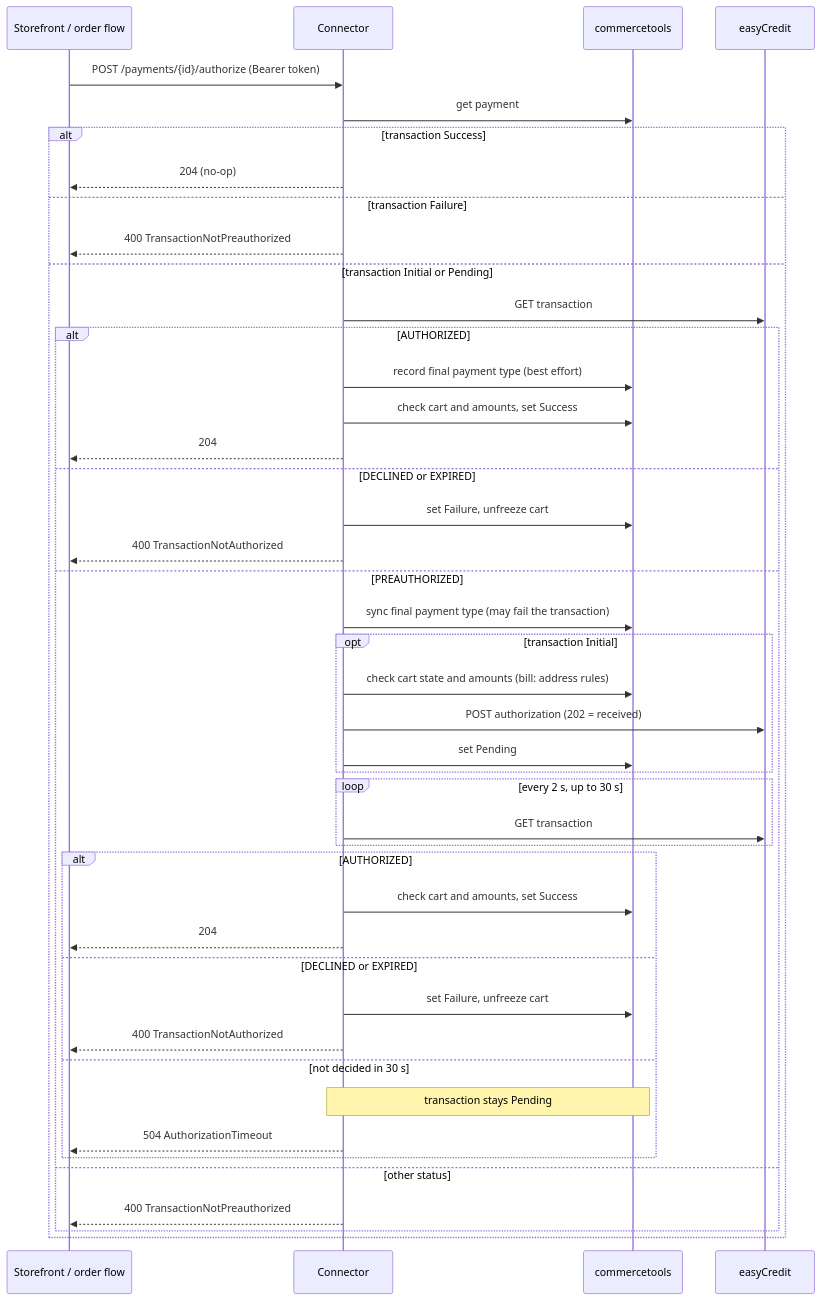
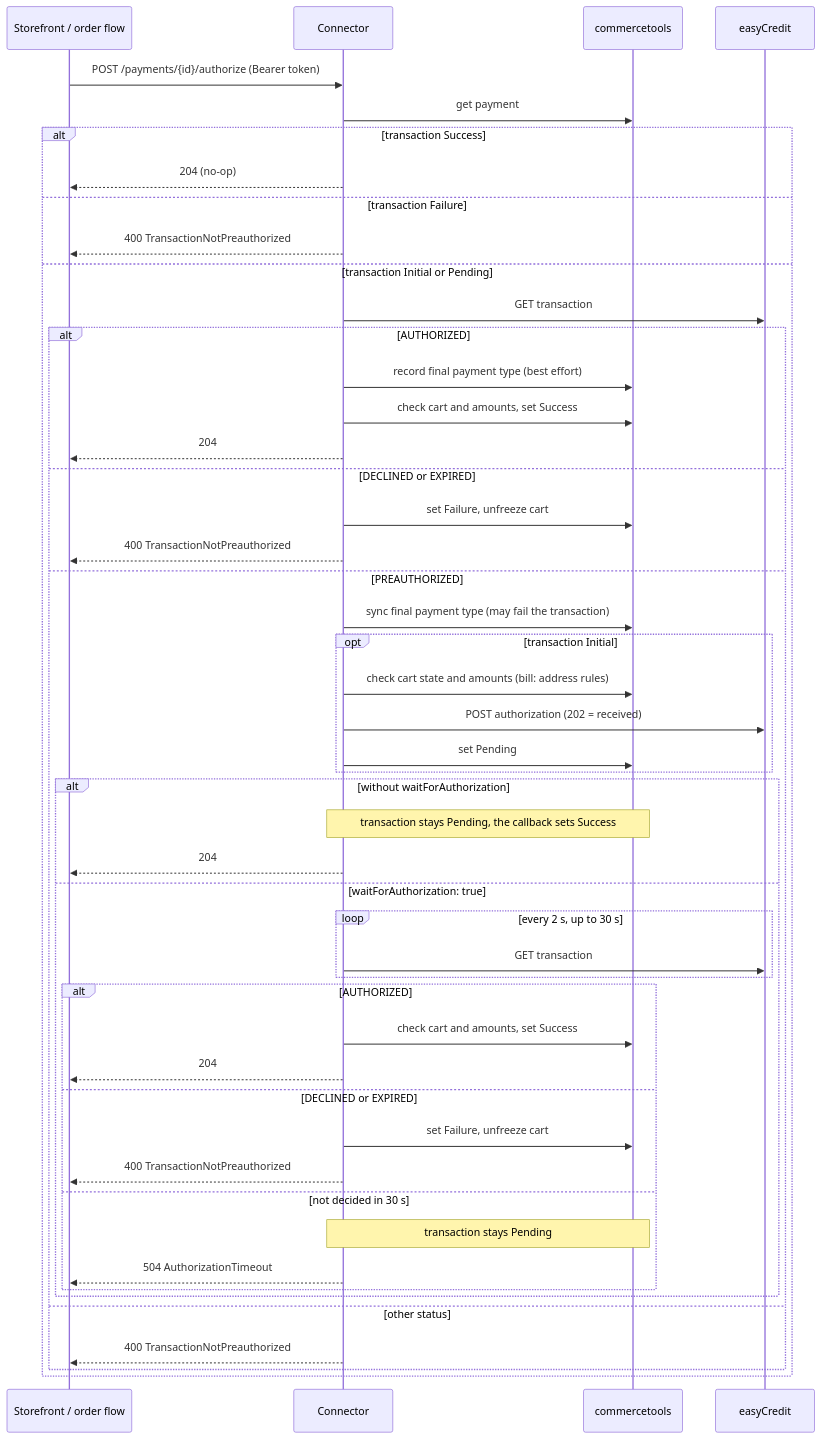
The diagram in docs/AuthorizePayment.md (SHOPMACHER/easy-credit-commercetools-connector), drawn with Mermaid before and after one commit. The commit also changed other lines of this file and 25 other files, not shown here.

````diff
--- a/docs/AuthorizePayment.md
+++ b/docs/AuthorizePayment.md
@@ -53,47 +65,52 @@
 ```mermaid
 sequenceDiagram
     participant S as Storefront / order flow
     participant C as Connector
     participant CT as commercetools
     participant EC as easyCredit
 
     S->>C: POST /payments/{id}/authorize (Bearer token)
     C->>CT: get payment
     alt transaction Success
         C-->>S: 204 (no-op)
     else transaction Failure
         C-->>S: 400 TransactionNotPreauthorized
     else transaction Initial or Pending
         C->>EC: GET transaction
         alt AUTHORIZED
             C->>CT: record final payment type (best effort)
             C->>CT: check cart and amounts, set Success
             C-->>S: 204
         else DECLINED or EXPIRED
             C->>CT: set Failure, unfreeze cart
-            C-->>S: 400 TransactionNotAuthorized
+            C-->>S: 400 TransactionNotPreauthorized
         else PREAUTHORIZED
             C->>CT: sync final payment type (may fail the transaction)
             opt transaction Initial
                 C->>CT: check cart state and amounts (bill: address rules)
                 C->>EC: POST authorization (202 = received)
                 C->>CT: set Pending
             end
-            loop every 2 s, up to 30 s
-                C->>EC: GET transaction
-            end
-            alt AUTHORIZED
-                C->>CT: check cart and amounts, set Success
+            alt without waitForAuthorization
+                Note over C,CT: transaction stays Pending, the callback sets Success
                 C-->>S: 204
-            else DECLINED or EXPIRED
-                C->>CT: set Failure, unfreeze cart
-                C-->>S: 400 TransactionNotAuthorized
-            else not decided in 30 s
-                Note over C,CT: transaction stays Pending
-                C-->>S: 504 AuthorizationTimeout
+            else waitForAuthorization: true
+                loop every 2 s, up to 30 s
+                    C->>EC: GET transaction
+                end
+                alt AUTHORIZED
+                    C->>CT: check cart and amounts, set Success
+                    C-->>S: 204
+                else DECLINED or EXPIRED
+                    C->>CT: set Failure, unfreeze cart
+                    C-->>S: 400 TransactionNotPreauthorized
+                else not decided in 30 s
+                    Note over C,CT: transaction stays Pending
+                    C-->>S: 504 AuthorizationTimeout
+                end
             end
         else other status
             C-->>S: 400 TransactionNotPreauthorized
         end
     end
 ```
````
